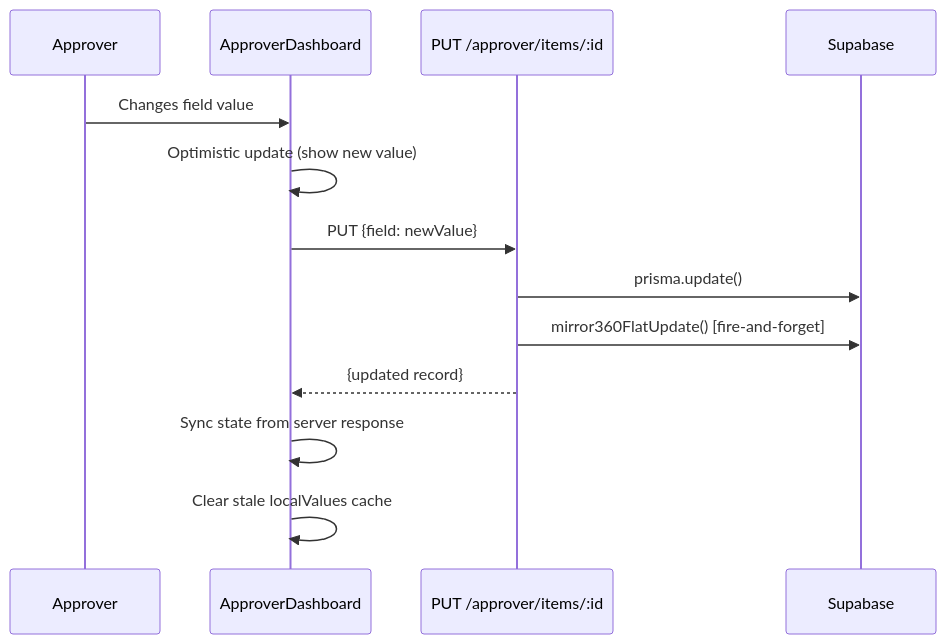
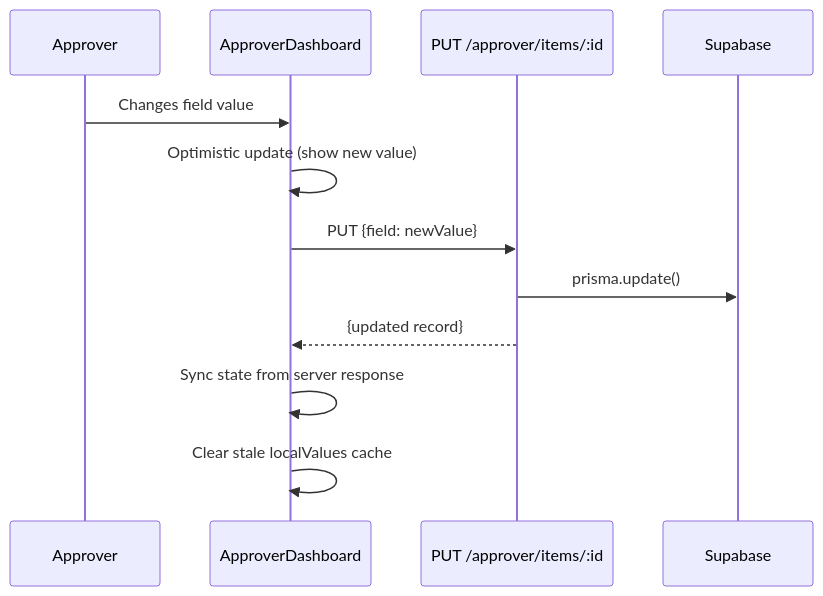
One commit to uditmalik1998/Article-Creation changed the second of 3 diagrams in docs/05 - Approver Flow.md. Above: the diagram before and after it, drawn with Mermaid. The commit also changed 13 other files, not shown here.

````diff
--- a/docs/05 - Approver Flow.md
+++ b/docs/05 - Approver Flow.md
@@ -169,16 +169,15 @@
 ```mermaid
 sequenceDiagram
     participant A as Approver
     participant UI as ApproverDashboard
     participant API as PUT /approver/items/:id
     participant DB as Supabase
 
     A->>UI: Changes field value
     UI->>UI: Optimistic update (show new value)
     UI->>API: PUT {field: newValue}
     API->>DB: prisma.update()
-    API->>DB: mirror360FlatUpdate() [fire-and-forget]
     API-->>UI: {updated record}
     UI->>UI: Sync state from server response
     UI->>UI: Clear stale localValues cache
 ```
````
